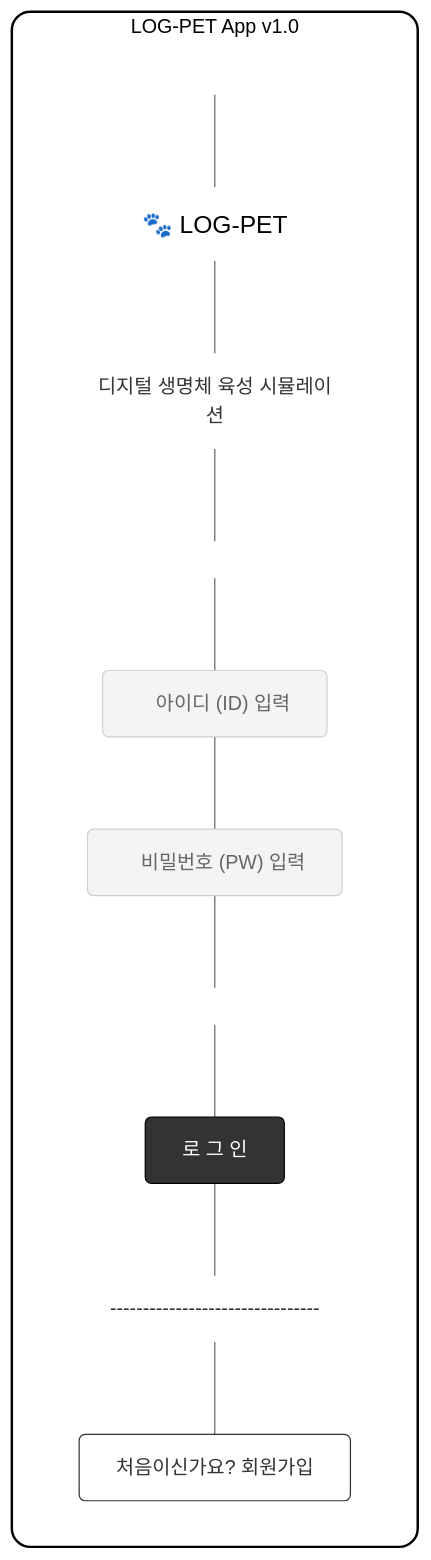
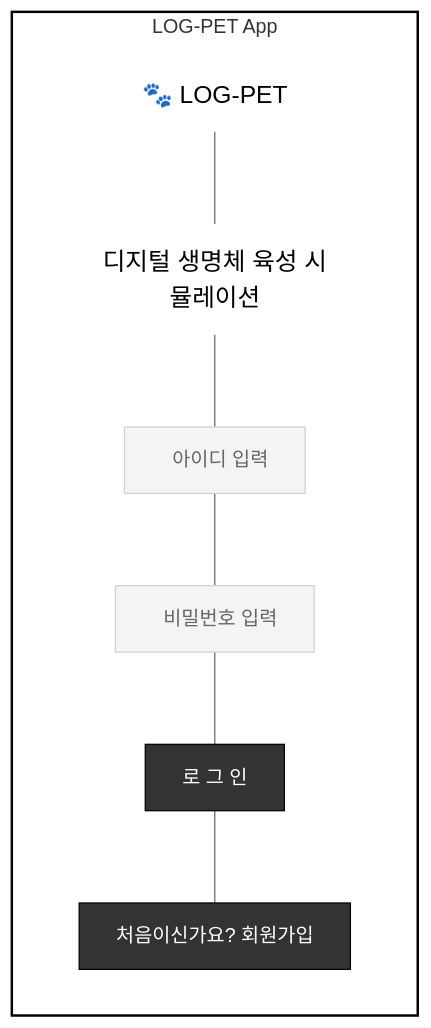
The second of 6 diagrams in analysis.md (silver-hye/Log_Pet), drawn with Mermaid (neutral theme) before and after one commit. The commit also changed other lines of this file, not shown here.

````diff
--- a/analysis.md
+++ b/analysis.md
@@ -513,42 +618,23 @@
 ```mermaid
 graph TD
+    classDef device fill:#fff,stroke:#000,stroke-width:2px;
+    classDef title fill:none,stroke:none,color:#000,font-size:20px;
+    classDef input fill:#f4f4f4,stroke:#d0d0d0,color:#666;
+    classDef btn fill:#333,stroke:#000,color:#fff;
 
-    classDef device fill:#fff,stroke:#000,stroke-width:2px,rx:15,ry:15,color:#000;
-    classDef logo fill:none,stroke:none,color:#000,font-size:20px;
-    classDef text fill:none,stroke:none,color:#333;
-    classDef input fill:#f4f4f4,stroke:#d0d0d0,stroke-width:1px,color:#666,rx:5,ry:5;
-    classDef button_solid fill:#333,stroke:#000,stroke-width:1px,color:#fff,rx:5,ry:5;
-    classDef button_line fill:#fff,stroke:#333,stroke-width:1px,color:#333,rx:5,ry:5;
-
-    subgraph Mobile_Frame [LOG-PET App v1.0]
+    subgraph Mobile_Frame [LOG-PET App]
         direction TB
-
-        Top_Space[ ]:::text
-        Logo["🐾 LOG-PET"]:::logo
-        Title["디지털 생명체 육성 시뮬레이션"]:::text
-        
-        Mid_Space1[ ]:::text
-        Input_ID["&nbsp;&nbsp;&nbsp;아이디 (ID) 입력"]:::input
-        Input_PW["&nbsp;&nbsp;&nbsp;비밀번호 (PW) 입력"]:::input
-        
-        Mid_Space2[ ]:::text
-        Btn_Login["로 그 인"]:::button_solid
-        
-        Line["--------------------------------"]:::text
-        
-        Btn_SignUp["처음이신가요? 회원가입"]:::button_line
-        
-
-        Top_Space --- Logo
+        Logo["🐾 LOG-PET"]:::title
+        Title["디지털 생명체 육성 시뮬레이션"]:::title
+        In_ID["&nbsp;&nbsp;아이디 입력"]:::input
+        In_PW["&nbsp;&nbsp;비밀번호 입력"]:::input
+        Btn_Login["로 그 인"]:::btn
+        Btn_SignUp["처음이신가요? 회원가입"]:::btn
         Logo --- Title
-        Title --- Mid_Space1
-        Mid_Space1 --- Input_ID
-        Input_ID --- Input_PW
-        Input_PW --- Mid_Space2
-        Mid_Space2 --- Btn_Login
-        Btn_Login --- Line
-        Line --- Btn_SignUp
+        Title --- In_ID
+        In_ID --- In_PW
+        In_PW --- Btn_Login
+        Btn_Login --- Btn_SignUp
     end
-
     class Mobile_Frame device;
 ```
````
